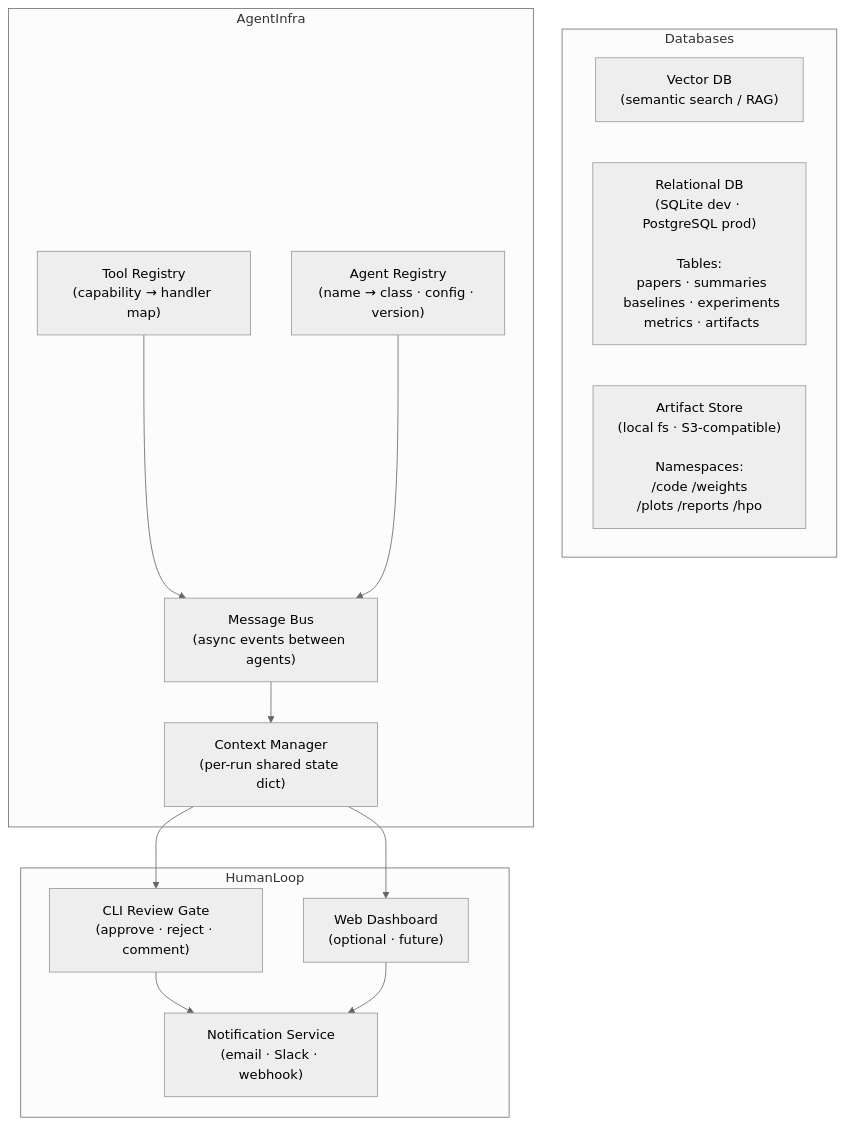
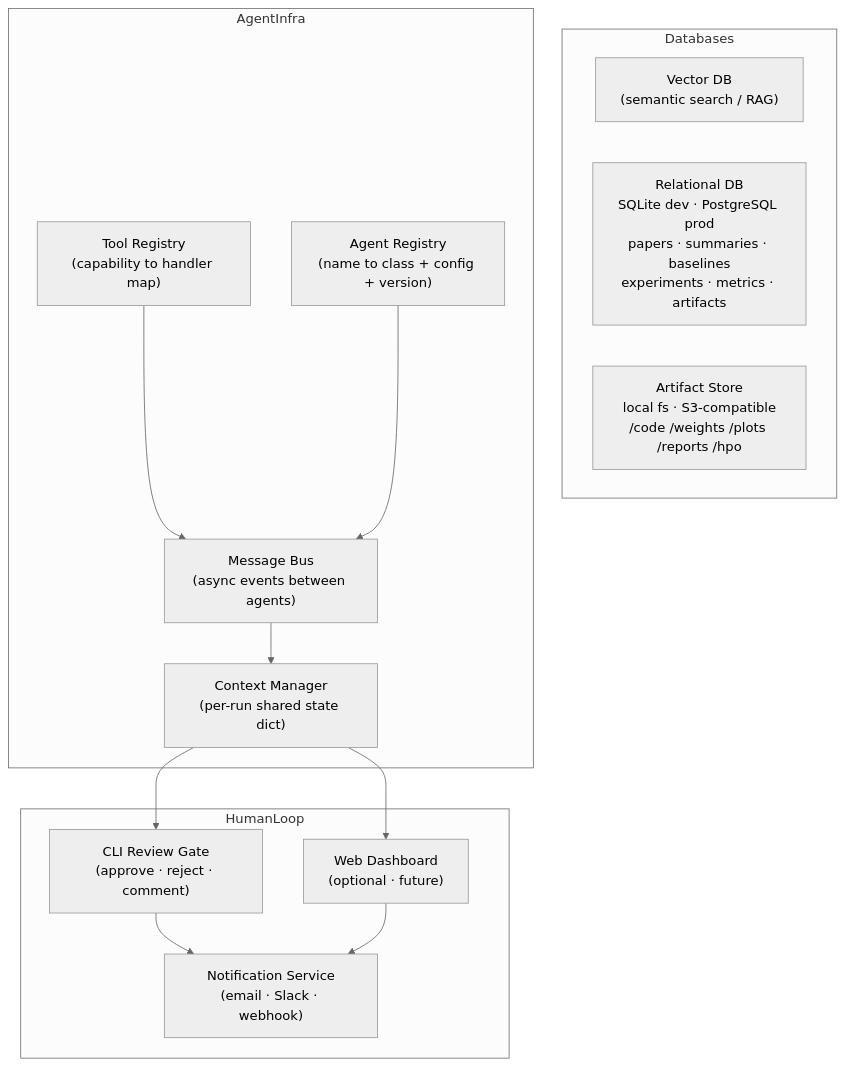
One commit to vegitableoil/my-research-agent changed the eighth of 8 diagrams in ARCHITECTURE.md. Above: the diagram before and after it, drawn with Mermaid (neutral theme). The commit also changed other lines of this file, not shown here.

First line of the commit message:
Fix Mermaid parse errors in ARCHITECTURE.md

````diff
--- a/ARCHITECTURE.md
+++ b/ARCHITECTURE.md
@@ -349,26 +349,26 @@
 ```mermaid
 flowchart TD
     subgraph Databases
-        VECDB["Vector DB\n(semantic search / RAG)"]
-        RELDB["Relational DB\n(SQLite dev · PostgreSQL prod)\n\nTables:\n papers · summaries\n baselines · experiments\n metrics · artifacts"]
-        ART_STORE["Artifact Store\n(local fs · S3-compatible)\n\nNamespaces:\n /code /weights\n /plots /reports /hpo"]
+        VECDB["Vector DB<br/>(semantic search / RAG)"]
+        RELDB["Relational DB<br/>SQLite dev · PostgreSQL prod<br/>papers · summaries · baselines<br/>experiments · metrics · artifacts"]
+        ART_STORE["Artifact Store<br/>local fs · S3-compatible<br/>/code /weights /plots /reports /hpo"]
     end
 
     subgraph AgentInfra
-        TOOL_REG["Tool Registry\n(capability → handler map)"]
-        AGENT_REG["Agent Registry\n(name → class · config · version)"]
-        MSG_BUS["Message Bus\n(async events between agents)"]
-        CTX_MGR["Context Manager\n(per-run shared state dict)"]
+        TOOL_REG["Tool Registry<br/>(capability to handler map)"]
+        AGENT_REG["Agent Registry<br/>(name to class + config + version)"]
+        MSG_BUS["Message Bus<br/>(async events between agents)"]
+        CTX_MGR["Context Manager<br/>(per-run shared state dict)"]
     end
 
     subgraph HumanLoop
-        CLI_GATE["CLI Review Gate\n(approve · reject · comment)"]
-        WEB_GATE["Web Dashboard\n(optional · future)"]
-        NOTIF["Notification Service\n(email · Slack · webhook)"]
+        CLI_GATE["CLI Review Gate<br/>(approve · reject · comment)"]
+        WEB_GATE["Web Dashboard<br/>(optional · future)"]
+        NOTIF["Notification Service<br/>(email · Slack · webhook)"]
     end
 
     TOOL_REG & AGENT_REG --> MSG_BUS
     MSG_BUS --> CTX_MGR
     CTX_MGR --> CLI_GATE & WEB_GATE
     CLI_GATE & WEB_GATE --> NOTIF
 ```
````
